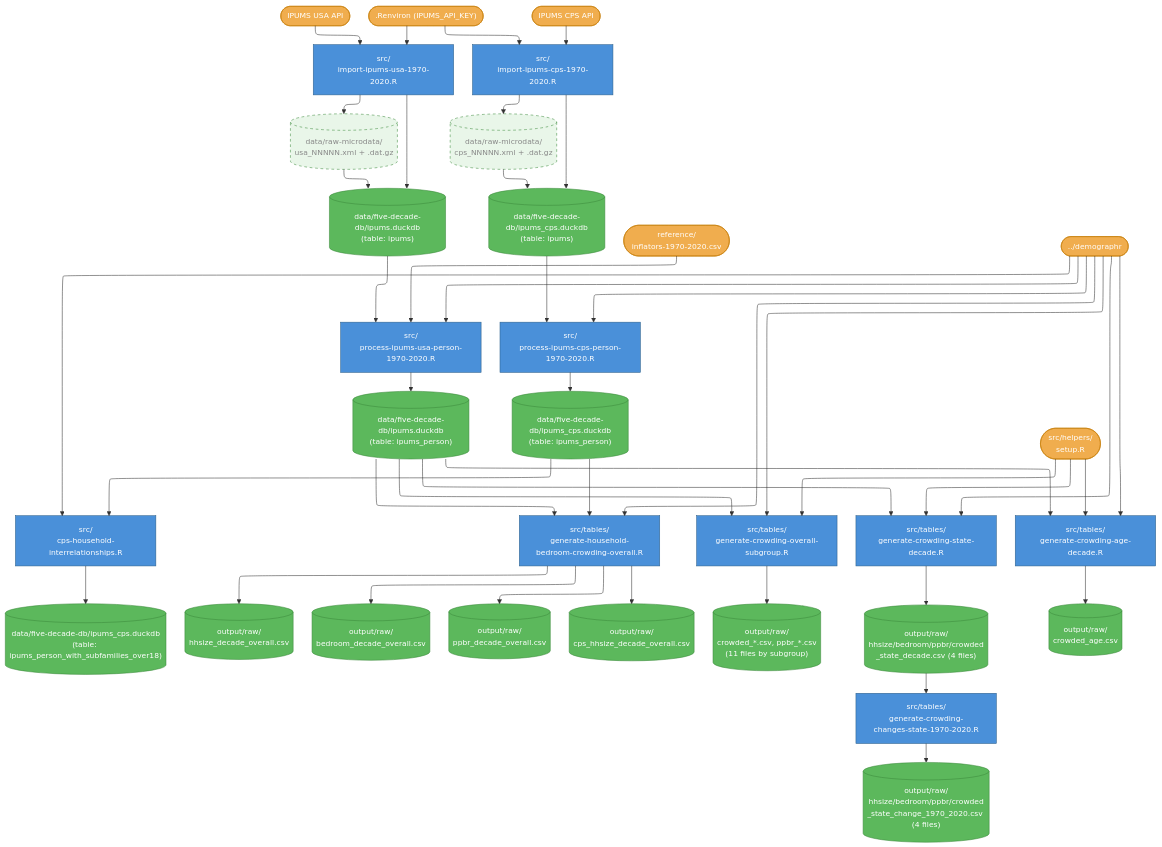
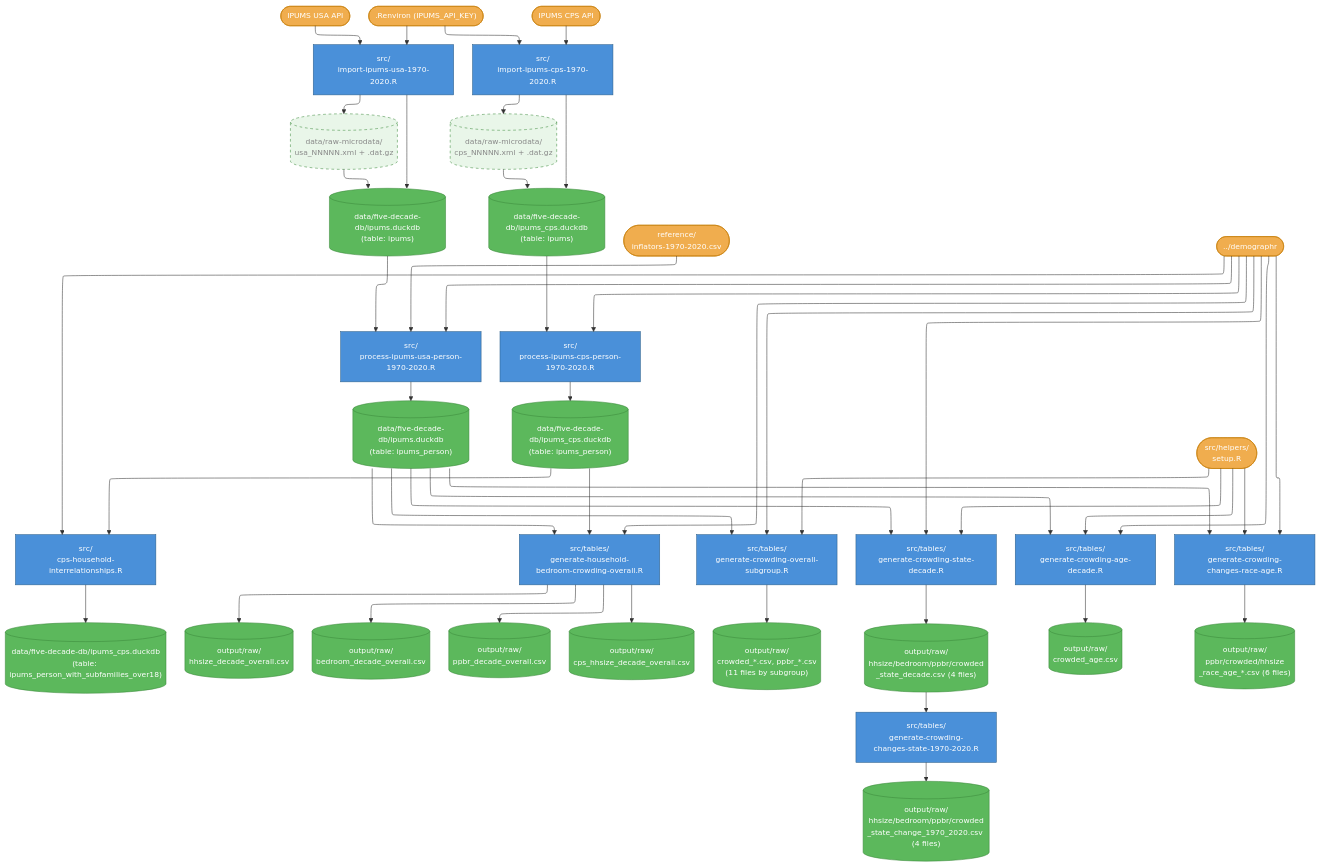
The diagram in households-over-the-years/Data flow.md (lorae/households-over-the-years), drawn with Mermaid before and after one commit. The commit also changed 2 other files, not shown here.

Commit message:
refactor: move generate-crowding-changes-race-age to src/tables/, add header and diagram entry

````diff
--- a/households-over-the-years/Data flow.md
+++ b/households-over-the-years/Data flow.md
@@ -124,4 +124,13 @@
     demographr --> gen_crowding_age
     setup --> gen_crowding_age
     gen_crowding_age --> crowded_age_csv
+
+    %% --- Tables: crowding changes by race and age ---
+    gen_crowding_race_age["src/tables/<br>generate-crowding-changes-race-age.R"]:::script
+    crowding_race_age_csvs[("output/raw/<br>ppbr/crowded/hhsize<br>_race_age_*.csv (6 files)")]:::data
+
+    ipums_person_db --> gen_crowding_race_age
+    demographr --> gen_crowding_race_age
+    setup --> gen_crowding_race_age
+    gen_crowding_race_age --> crowding_race_age_csvs
 ```
````
